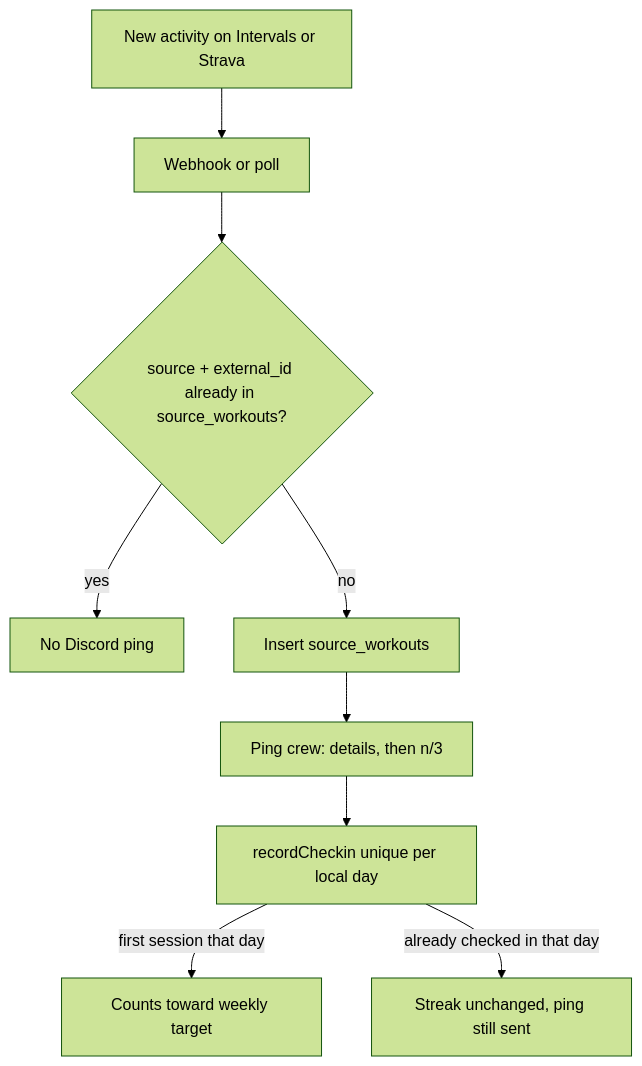
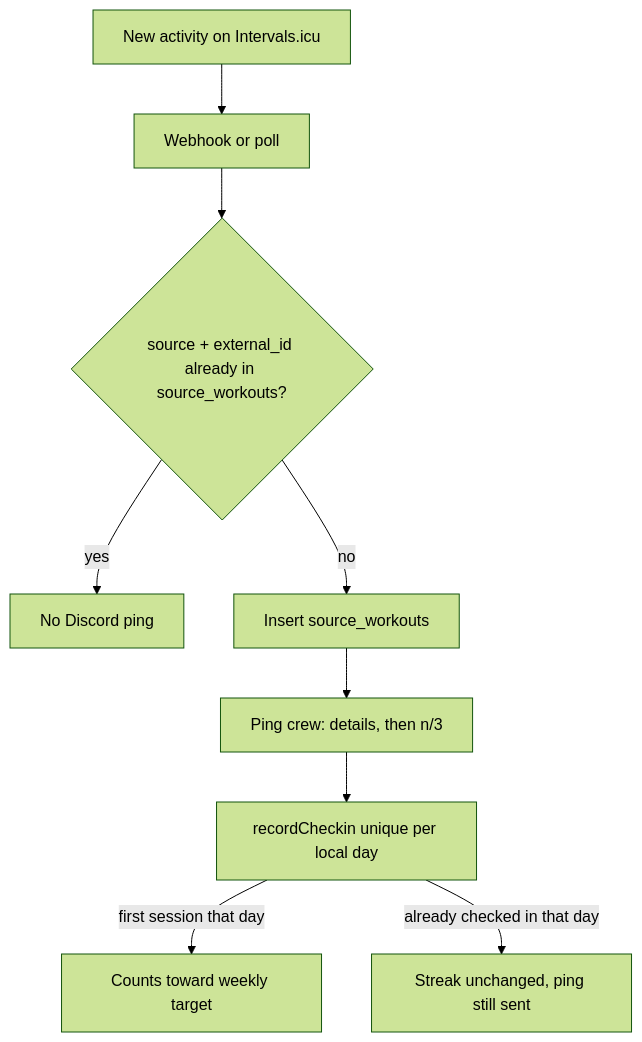
Before and after one commit to renzoventura/finesse: the second of 3 diagrams in docs/architecture.md, drawn with Mermaid (forest theme). The commit also changed other lines of this file and 13 other files, not shown here.

First line of the commit message:
Route every watch through Intervals.icu and add crew setup to the README.

````diff
--- a/docs/architecture.md
+++ b/docs/architecture.md
@@ -49,11 +49,11 @@
 ```mermaid
 flowchart TD
-  A[New activity on Intervals or Strava] --> B[Webhook or poll]
+  A[New activity on Intervals.icu] --> B[Webhook or poll]
   B --> C{source + external_id already in source_workouts?}
   C -->|yes| D[No Discord ping]
   C -->|no| E[Insert source_workouts]
   E --> F[Ping crew: details, then n/3]
   F --> G[recordCheckin unique per local day]
   G -->|first session that day| H[Counts toward weekly target]
   G -->|already checked in that day| I[Streak unchanged, ping still sent]
 ```
````
